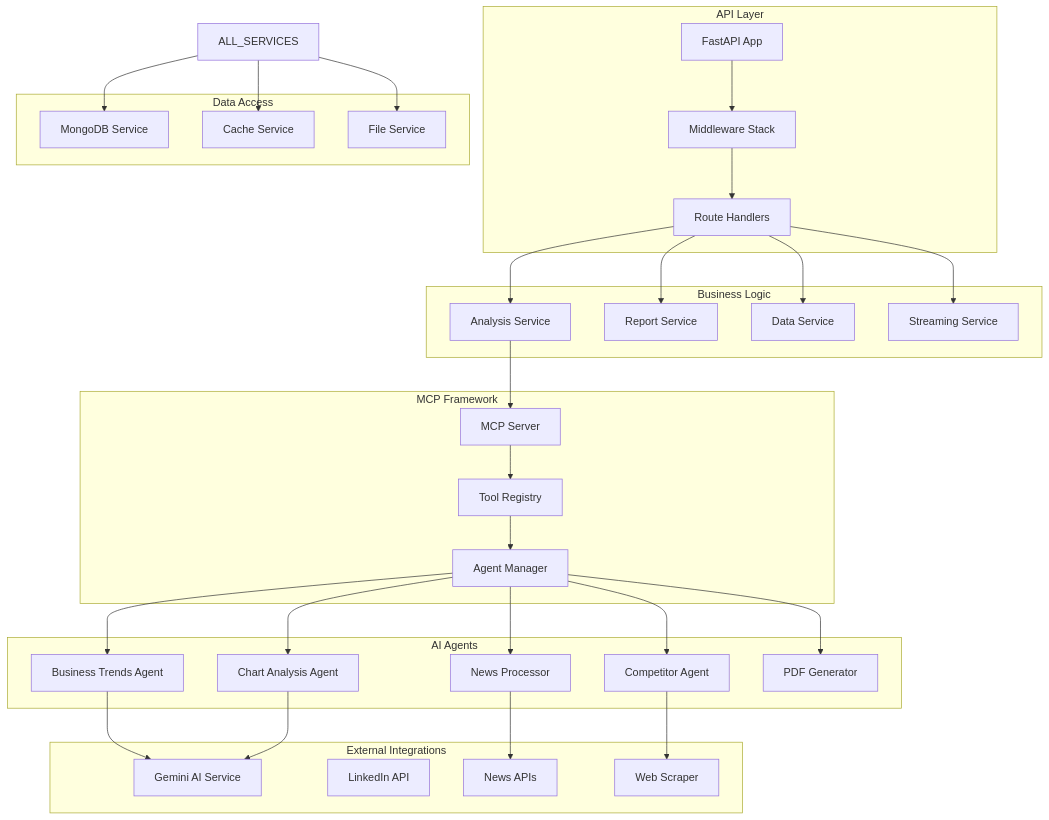
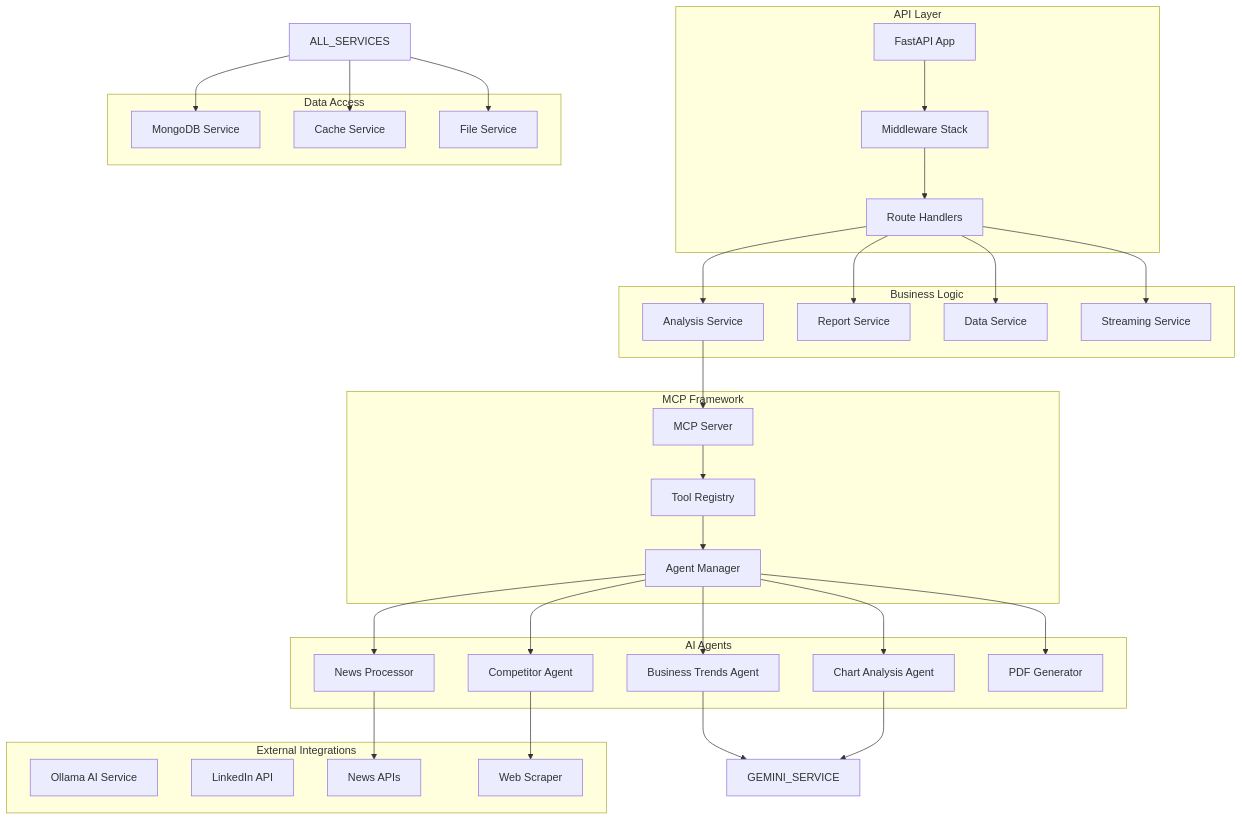
One commit to ChamsFares/Opportunity_Detetion_AI_platform changed diagram 11 of 15 in DOCUMENTATION.md. Above: the diagram before and after it, drawn with Mermaid. The commit also changed other lines of this file and 2 other files, not shown here.

````diff
--- a/DOCUMENTATION.md
+++ b/DOCUMENTATION.md
@@ -738,68 +738,68 @@
 ```mermaid
 graph TD
     subgraph "API Layer"
         FASTAPI[FastAPI App]
         MIDDLEWARE[Middleware Stack]
         ROUTE_HANDLERS[Route Handlers]
     end
     
     subgraph "Business Logic"
         ANALYSIS_SERVICE[Analysis Service]
         REPORT_SERVICE[Report Service]
         DATA_SERVICE[Data Service]
         STREAMING_SERVICE[Streaming Service]
     end
     
     subgraph "MCP Framework"
         MCP_SERVER[MCP Server]
         TOOL_REGISTRY[Tool Registry]
         AGENT_MANAGER[Agent Manager]
     end
     
     subgraph "AI Agents"
         BUSINESS_AGENT[Business Trends Agent]
         COMPETITOR_AGENT[Competitor Agent]
         NEWS_AGENT[News Processor]
         CHART_AGENT[Chart Analysis Agent]
         PDF_AGENT[PDF Generator]
     end
     
     subgraph "Data Access"
         MONGO_SERVICE[MongoDB Service]
         CACHE_SERVICE[Cache Service]
         FILE_SERVICE[File Service]
     end
     
     subgraph "External Integrations"
-        GEMINI_SERVICE[Gemini AI Service]
+        OLLAMA_SERVICE[Ollama AI Service]
         LINKEDIN_SERVICE[LinkedIn API]
         NEWS_APIS[News APIs]
         WEB_SCRAPER[Web Scraper]
     end
     
     FASTAPI --> MIDDLEWARE
     MIDDLEWARE --> ROUTE_HANDLERS
     ROUTE_HANDLERS --> ANALYSIS_SERVICE
     ROUTE_HANDLERS --> REPORT_SERVICE
     ROUTE_HANDLERS --> DATA_SERVICE
     ROUTE_HANDLERS --> STREAMING_SERVICE
     
     ANALYSIS_SERVICE --> MCP_SERVER
     MCP_SERVER --> TOOL_REGISTRY
     TOOL_REGISTRY --> AGENT_MANAGER
     
     AGENT_MANAGER --> BUSINESS_AGENT
     AGENT_MANAGER --> COMPETITOR_AGENT
     AGENT_MANAGER --> NEWS_AGENT
     AGENT_MANAGER --> CHART_AGENT
     AGENT_MANAGER --> PDF_AGENT
     
     BUSINESS_AGENT --> GEMINI_SERVICE
     COMPETITOR_AGENT --> WEB_SCRAPER
     NEWS_AGENT --> NEWS_APIS
     CHART_AGENT --> GEMINI_SERVICE
     
     ALL_SERVICES --> MONGO_SERVICE
     ALL_SERVICES --> CACHE_SERVICE
     ALL_SERVICES --> FILE_SERVICE
 ```
````
